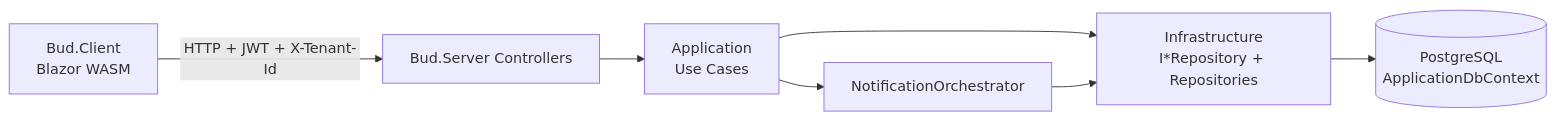
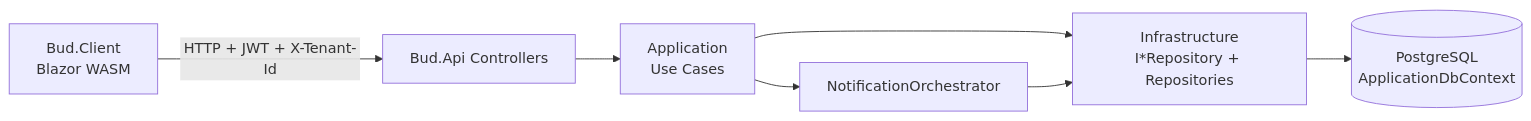
One commit to dsbraz/bud changed the second of 11 diagrams in README.md. Above: the diagram before and after it, drawn with Mermaid. The commit also changed other lines of this file and 806 other files, not shown here.

Commit message:
refactor: split server into api application domain infrastructure

````diff
--- a/README.md
+++ b/README.md
@@ -274,9 +273,9 @@
 ```mermaid
 flowchart LR
-    A[Bud.Client<br/>Blazor WASM] -->|HTTP + JWT + X-Tenant-Id| B[Bud.Server Controllers]
+    A[Bud.Client<br/>Blazor WASM] -->|HTTP + JWT + X-Tenant-Id| B[Bud.Api Controllers]
     B --> C[Application<br/>Use Cases]
     C --> R[Infrastructure<br/>I*Repository + Repositories]
     R --> E[(PostgreSQL<br/>ApplicationDbContext)]
     C --> N[NotificationOrchestrator]
     N --> R
 ```
````
